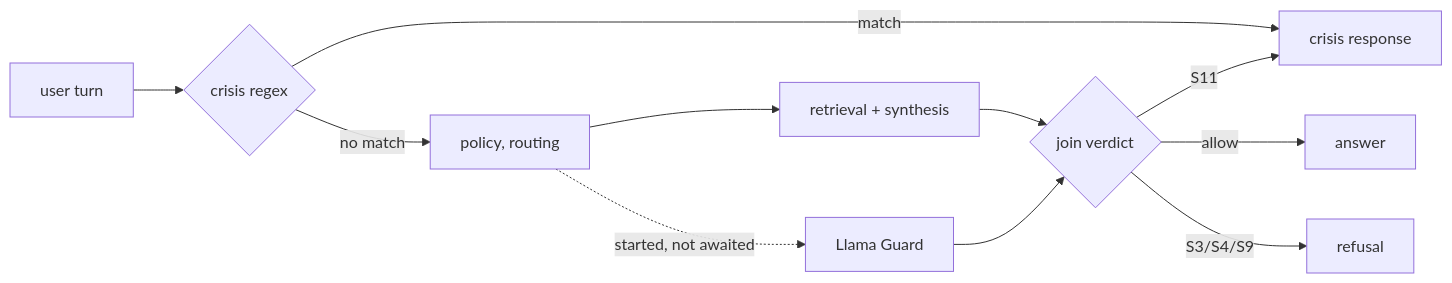
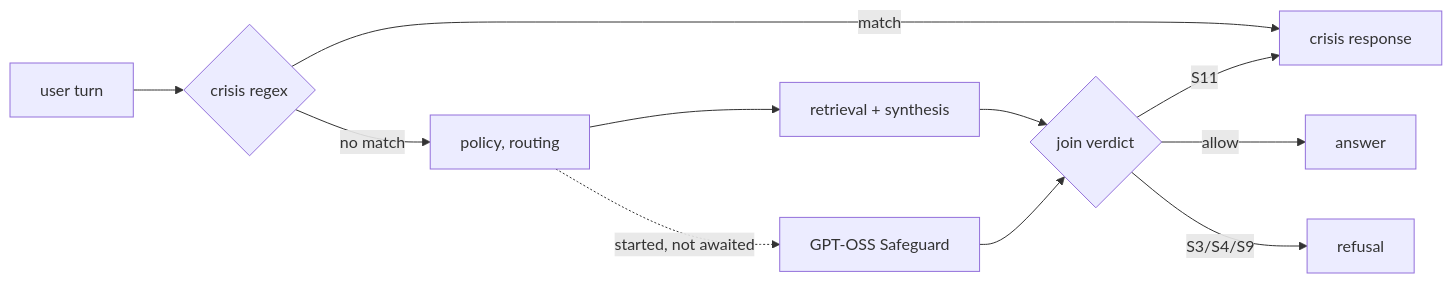
One commit to HarshitBadam/trade-intel changed the third of 3 diagrams in docs/architecture.md. Above: the diagram before and after it, drawn with Mermaid. The commit also changed other lines of this file and 46 other files, not shown here.

````diff
--- a/docs/architecture.md
+++ b/docs/architecture.md
@@ -129,13 +129,13 @@
 ```mermaid
 flowchart LR
   M["user turn"] --> R{"crisis regex"}
   R -->|match| C["crisis response"]
   R -->|no match| P["policy, routing"]
   P --> A["retrieval + synthesis"]
-  P -.->|started, not awaited| G["Llama Guard"]
+  P -.->|started, not awaited| G["GPT-OSS Safeguard"]
   A --> J{"join verdict"}
   G --> J
   J -->|allow| OUT["answer"]
   J -->|S11| C
   J -->|S3/S4/S9| REF["refusal"]
 ```
````
